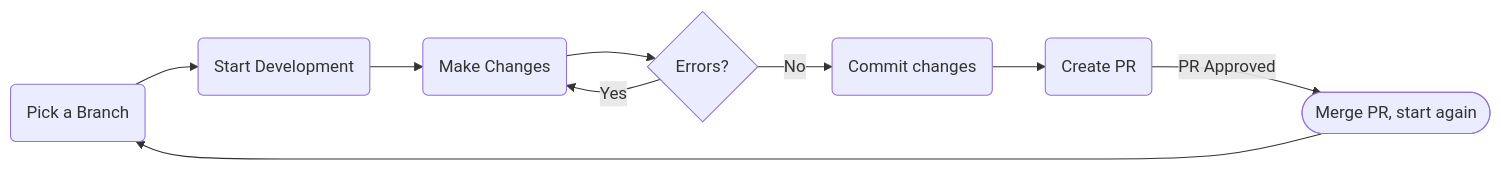
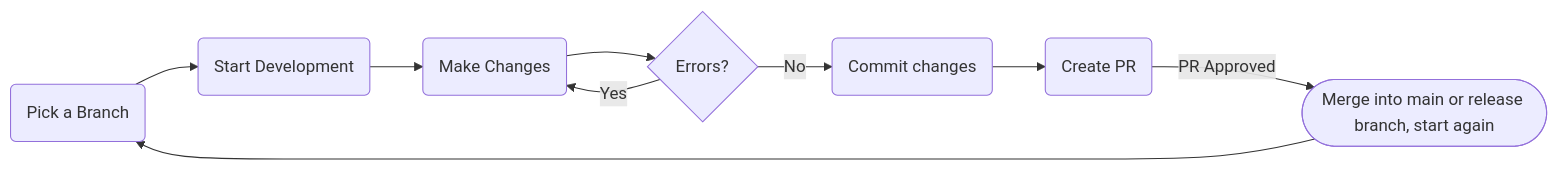
The diagram in docs/en/contributing/docs/development-lifecycle.md (hass-agent/HASS.Agent-Documentation), drawn with Mermaid before and after one commit. The commit also changed other lines of this file and 4 other files, not shown here.

````diff
--- a/docs/en/contributing/docs/development-lifecycle.md
+++ b/docs/en/contributing/docs/development-lifecycle.md
@@ -39,6 +43,6 @@
 ```mermaid
 flowchart LR
   pick-branch(Pick a Branch) --> start-dev(Start Development) --> make-changes(Make Changes) --> errors?{Errors?} --> |Yes| make-changes
 
-  errors? --> |No| commit(Commit changes) --> pr(Create PR) --> |PR Approved| merge([Merge PR, start again]) --> pick-branch
+  errors? --> |No| commit(Commit changes) --> pr(Create PR) --> |PR Approved| merge([Merge into main or release branch, start again]) --> pick-branch
 ```
````
